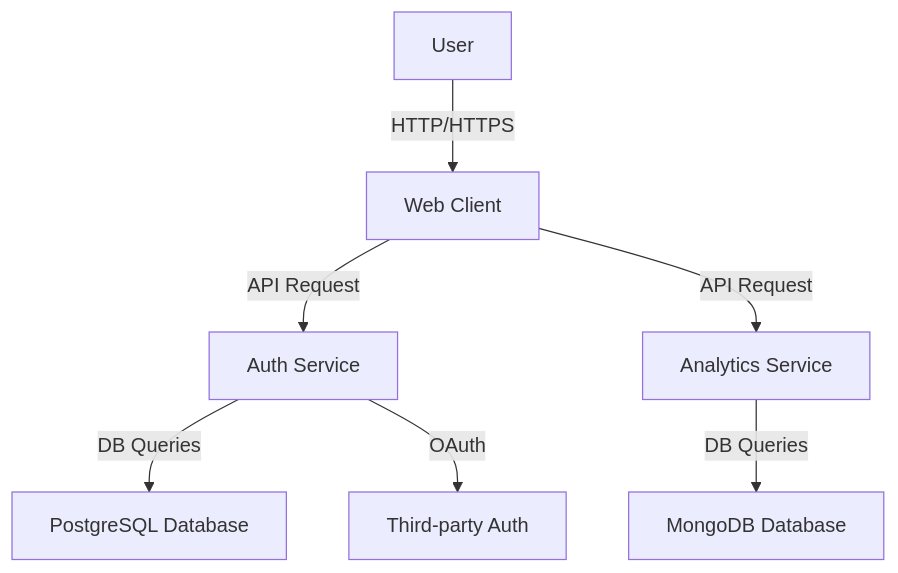
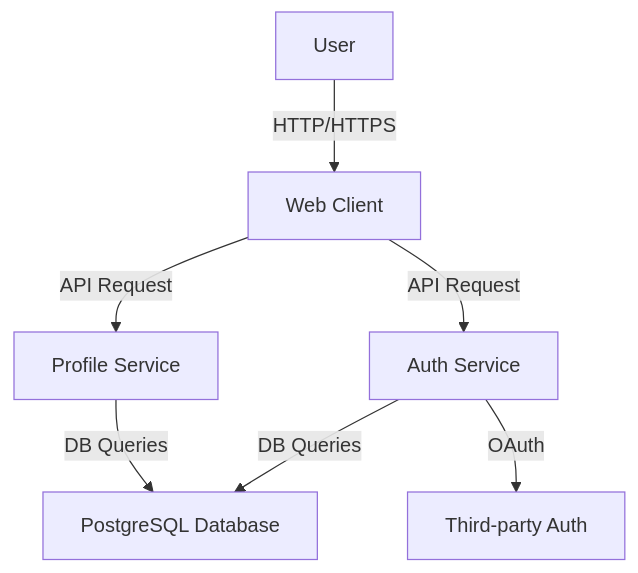
One commit to lambda-py/linkme changed the diagram in docs/architecture/Overall-Architecture.md. Above: the diagram before and after it, drawn with Mermaid. The commit also changed 4 other files, not shown here.

Commit message:
add profile service

````diff
--- a/docs/architecture/Overall-Architecture.md
+++ b/docs/architecture/Overall-Architecture.md
@@ -3,9 +3,9 @@
 ```mermaid
 graph TD;
     A[User] -->|HTTP/HTTPS| B[Web Client]
     B -->|API Request| C1[Auth Service]
-    B -->|API Request| C2[Analytics Service]
+    B -->|API Request| C2[Profile Service]
     C1 -->|DB Queries| D1[PostgreSQL Database]
-    C2 -->|DB Queries| D2[MongoDB Database]
+    C2 -->|DB Queries| D1[PostgreSQL Database]
     C1 -->|OAuth| E[Third-party Auth]
 ```
````
